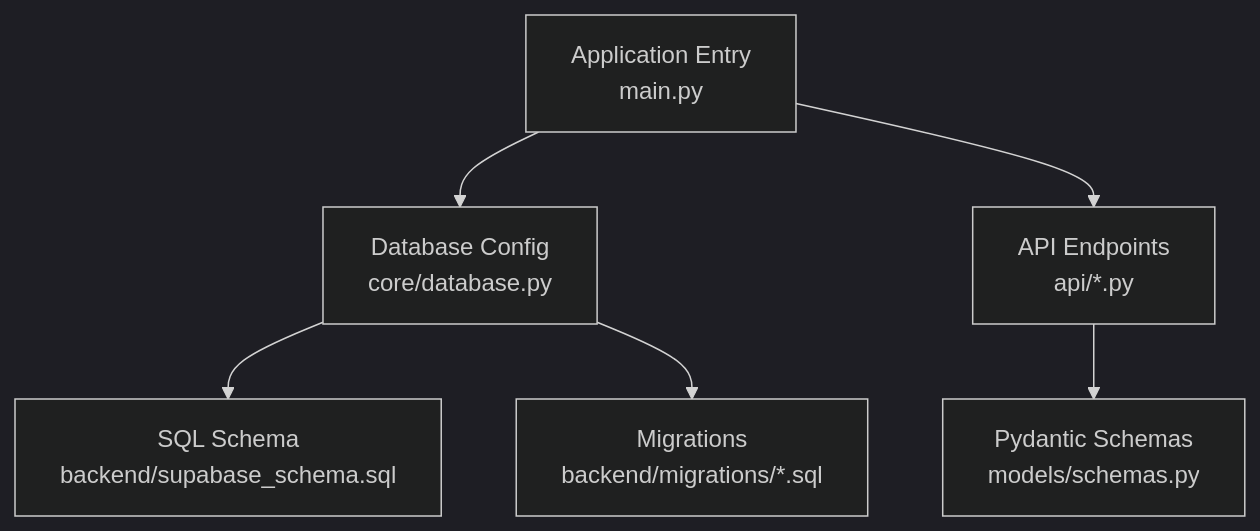
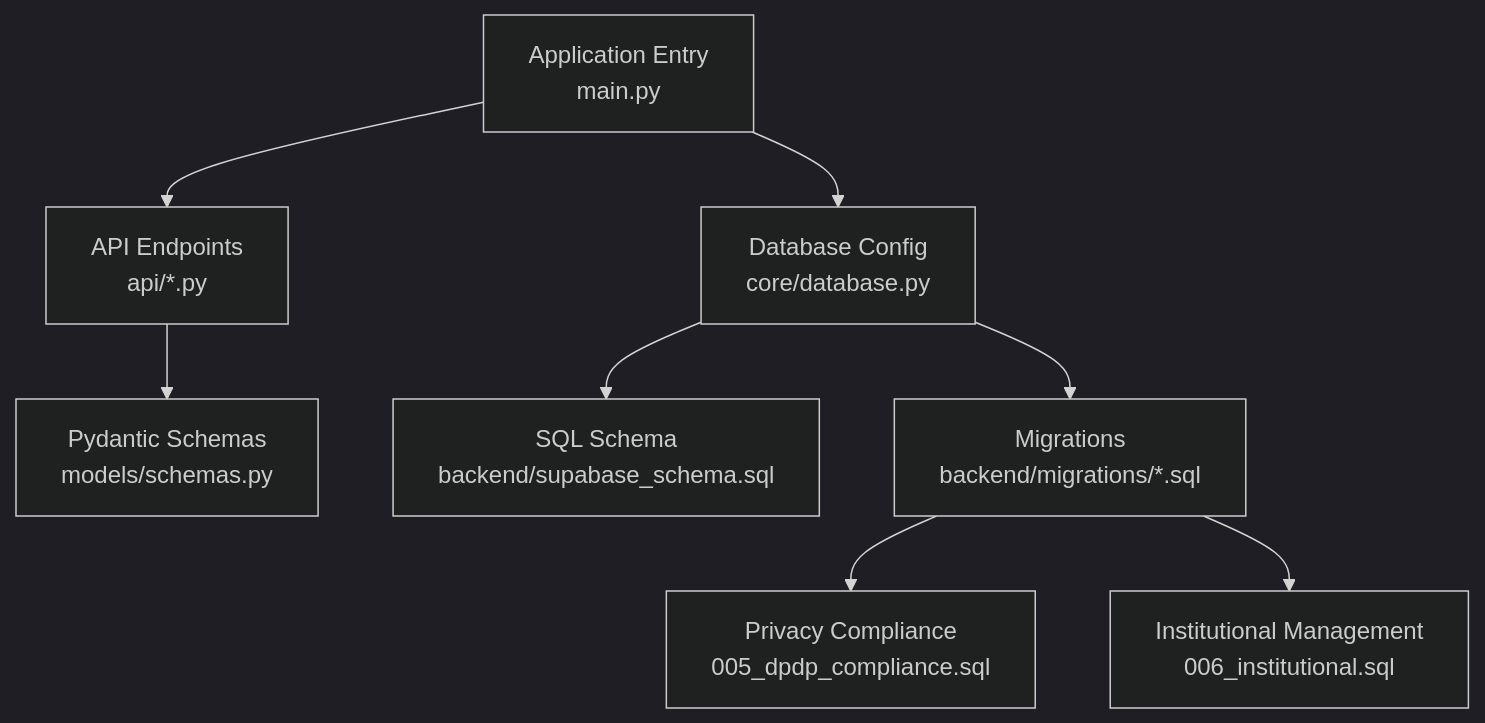
The first of 3 diagrams in .qoder/repowiki/en/content/Backend API/Database Schema & Models.md (KKBAE143/VivAI), drawn with Mermaid (dark theme) before and after one commit. The commit also changed other lines of this file and 133 other files, not shown here.

````diff
--- a/.qoder/repowiki/en/content/Backend API/Database Schema & Models.md
+++ b/.qoder/repowiki/en/content/Backend API/Database Schema & Models.md
@@ -46,8 +59,10 @@
 ```mermaid
 graph TB
 A["Application Entry<br/>main.py"] --> B["Database Config<br/>core/database.py"]
 A --> C["API Endpoints<br/>api/*.py"]
 C --> D["Pydantic Schemas<br/>models/schemas.py"]
 B --> E["SQL Schema<br/>backend/supabase_schema.sql"]
 B --> F["Migrations<br/>backend/migrations/*.sql"]
+F --> G["Privacy Compliance<br/>005_dpdp_compliance.sql"]
+F --> H["Institutional Management<br/>006_institutional.sql"]
 ```
````
